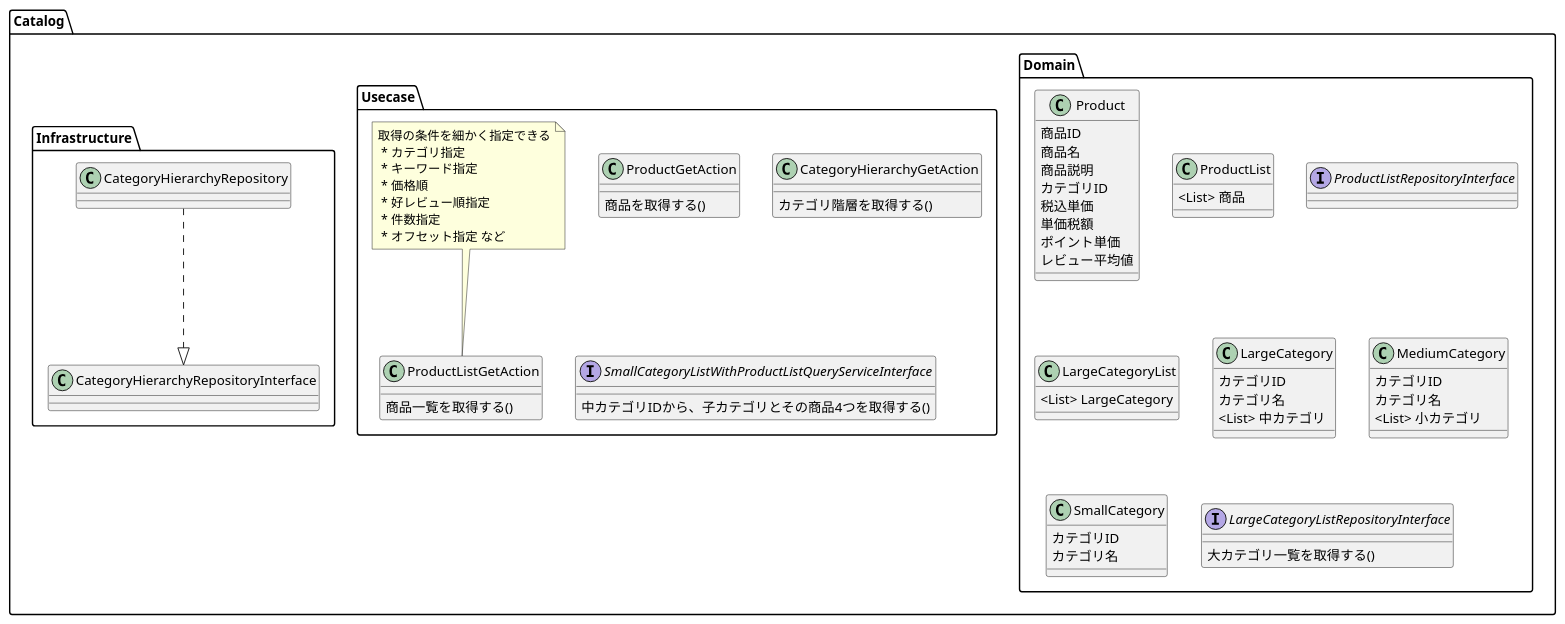
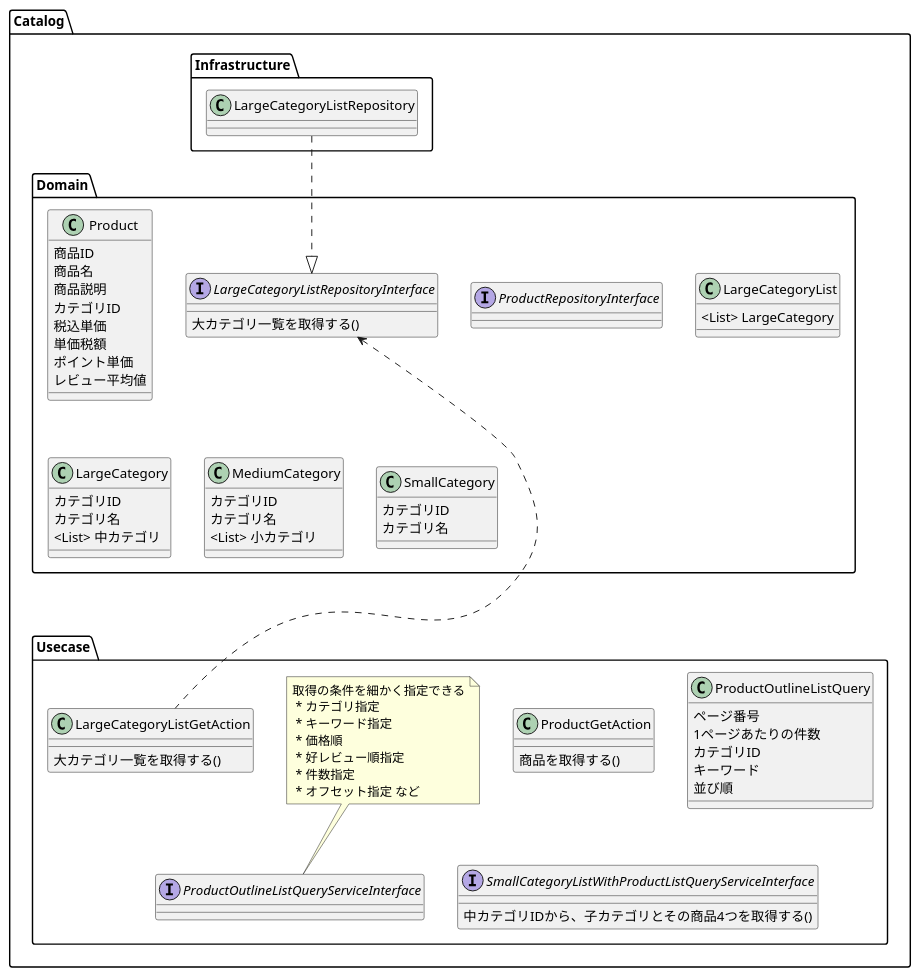
The diagram in documents/クラス図/Catalog.pu (coffee-r/practice-ec-webapi1), drawn with PlantUML before and after one commit. The commit also changed 13 other files, not shown here.

```diff
--- a/documents/クラス図/Catalog.pu
+++ b/documents/クラス図/Catalog.pu
@@ -1,83 +1,88 @@
 @startuml practice-ec-webapi
 
 package Catalog{
     package Domain{
 
         class Product{
             商品ID
             商品名
             商品説明
             カテゴリID
             税込単価
             単価税額
             ポイント単価 
             レビュー平均値
         }
 
-        class ProductList{
-            <List> 商品
-        }
-
-        interface ProductListRepositoryInterface{
+        interface ProductRepositoryInterface{
             
         }
 
         class LargeCategoryList{
             <List> LargeCategory
         }
 
         class LargeCategory{
             カテゴリID
             カテゴリ名
             <List> 中カテゴリ
         }
 
         class MediumCategory{
             カテゴリID
             カテゴリ名
             <List> 小カテゴリ
         }
 
         class SmallCategory{
             カテゴリID
             カテゴリ名
         }
 
         interface LargeCategoryListRepositoryInterface{
             大カテゴリ一覧を取得する()
         }
     }
     package Usecase{
 
         class ProductGetAction{
             商品を取得する()
         }
 
-        class ProductListGetAction{
-            商品一覧を取得する()
+        interface ProductOutlineListQueryServiceInterface{
+
         }
 
-        note top of ProductListGetAction : 取得の条件を細かく指定できる\n * カテゴリ指定\n * キーワード指定\n * 価格順\n * 好レビュー順指定\n * 件数指定\n * オフセット指定 など
+        class ProductOutlineListQuery{
+            ページ番号
+            1ページあたりの件数
+            カテゴリID
+            キーワード
+            並び順
+        }
 
-        class CategoryHierarchyGetAction{
-            カテゴリ階層を取得する()
+        note top of ProductOutlineListQueryServiceInterface : 取得の条件を細かく指定できる\n * カテゴリ指定\n * キーワード指定\n * 価格順\n * 好レビュー順指定\n * 件数指定\n * オフセット指定 など        
+
+        class LargeCategoryListGetAction{
+            大カテゴリ一覧を取得する()
         }
 
         interface SmallCategoryListWithProductListQueryServiceInterface{
             中カテゴリIDから、子カテゴリとその商品4つを取得する()
         }
 
+        LargeCategoryListRepositoryInterface <.... LargeCategoryListGetAction
+
         
     }
     package Infrastructure{
 
-        class CategoryHierarchyRepository{
-
+        class LargeCategoryListRepository{
         }
 
-        CategoryHierarchyRepository  ..|> CategoryHierarchyRepositoryInterface
+        LargeCategoryListRepository  ..|> LargeCategoryListRepositoryInterface
     }
 }
    
 
 @enduml
```
